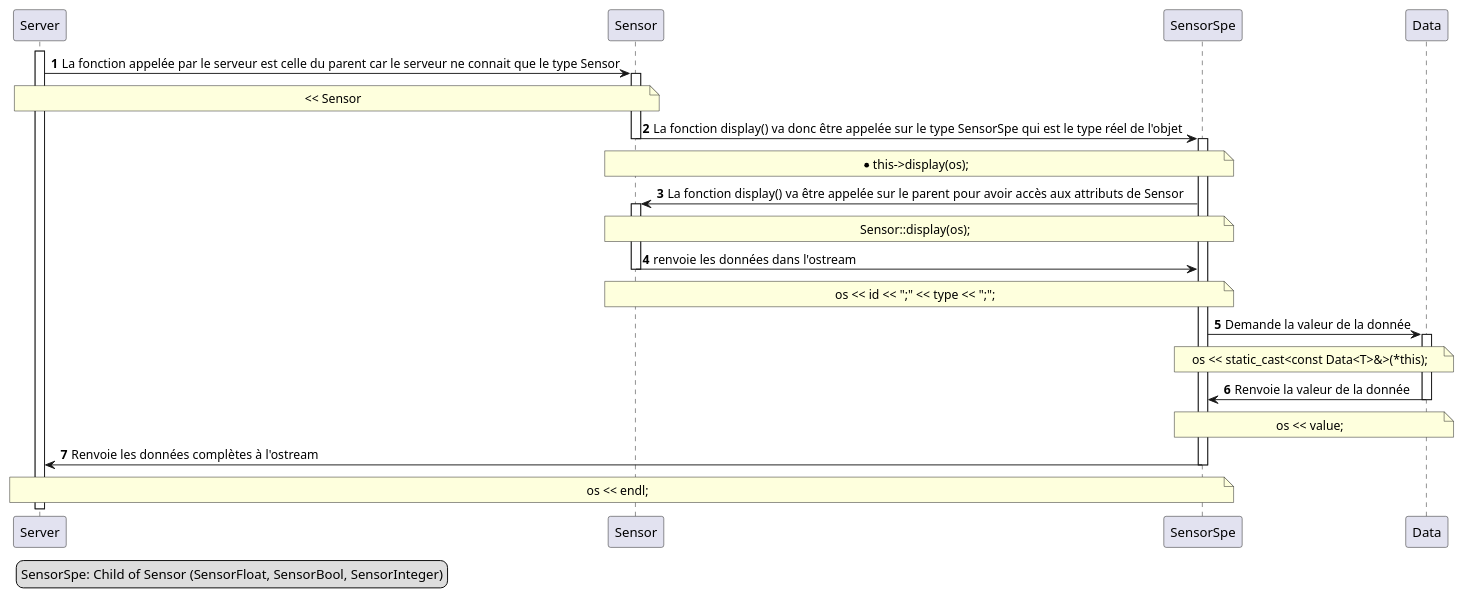
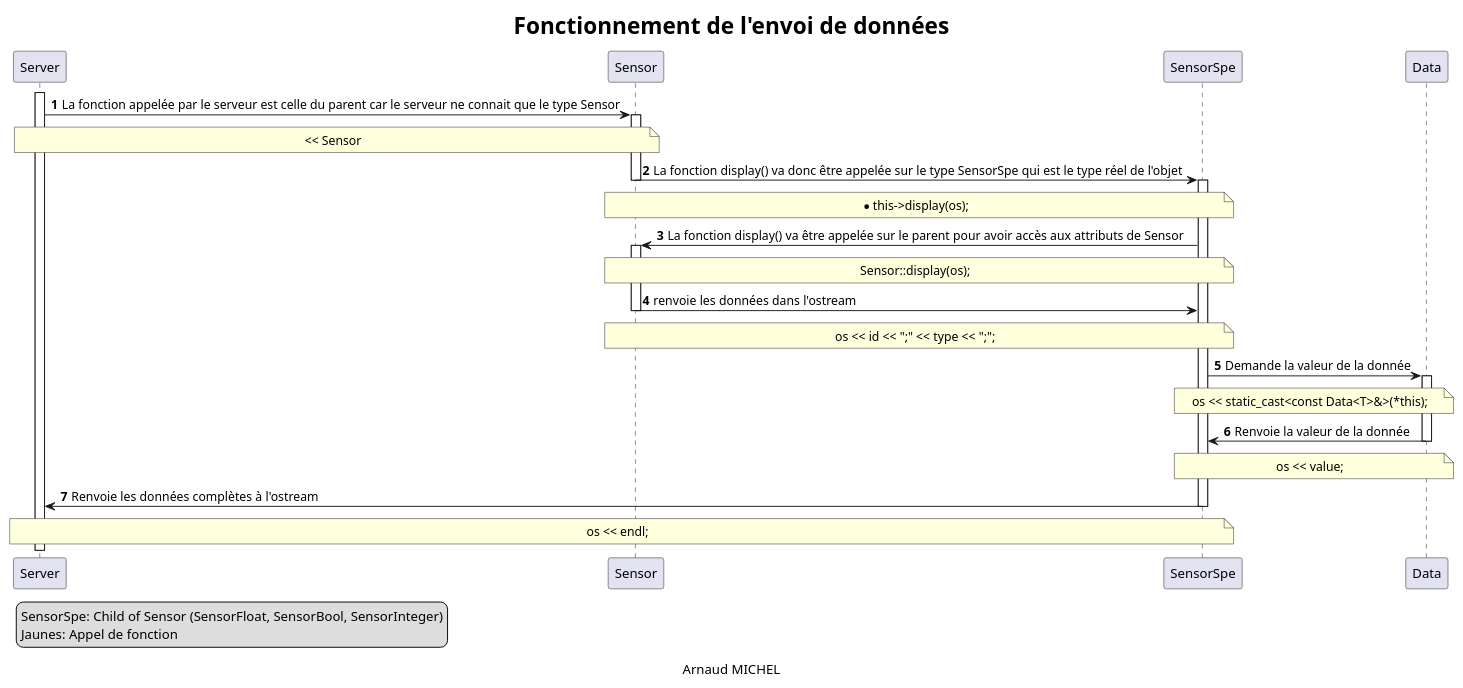
The diagram in uml/send-data-sequence-diagram.puml (MrArnaudMichel/AP4A_projet), drawn with PlantUML before and after one commit. The commit also changed 1 other file, not shown here.

Commit message:
update uml

```diff
--- a/uml/send-data-sequence-diagram.puml
+++ b/uml/send-data-sequence-diagram.puml
@@ -1,60 +1,69 @@
 @startuml
-'https://plantuml.com/sequence-diagram
+
+skinparam title {
+    FontSize 24
+}
+
+title Fonctionnement de l'envoi de données
 
 autonumber
 
 activate Server
 
 Server -> Sensor: La fonction appelée par le serveur est celle du parent car le serveur ne connait que le type Sensor
 note over Server, Sensor
 << Sensor
 end note
 
 activate Sensor
 Sensor -> SensorSpe: La fonction display() va donc être appelée sur le type SensorSpe qui est le type réel de l'objet
 note over Sensor, SensorSpe
 *this->display(os);
 end note
 
 deactivate Sensor
 activate SensorSpe
 SensorSpe -> Sensor: La fonction display() va être appelée sur le parent pour avoir accès aux attributs de Sensor
 note over Sensor, SensorSpe
  Sensor::display(os);
 end note
 
 activate Sensor
 
 Sensor -> SensorSpe: renvoie les données dans l'ostream
 note over Sensor, SensorSpe
 os << id << ";" << type << ";";
 end note
 
 deactivate Sensor
 
 SensorSpe -> Data: Demande la valeur de la donnée
 note over SensorSpe, Data
 os << static_cast<const Data<T>&>(*this);
 end note
 
 activate Data
 Data -> SensorSpe: Renvoie la valeur de la donnée
 note over Data, SensorSpe
 os << value;
 end note
 
 deactivate Data
 
 SensorSpe -> Server: Renvoie les données complètes à l'ostream
 note over SensorSpe, Server
 os << endl;
 end note
 
 deactivate SensorSpe
 
 
 
 legend left
     SensorSpe: Child of Sensor (SensorFloat, SensorBool, SensorInteger)
+    Jaunes: Appel de fonction
 endlegend
+
+
+caption Arnaud MICHEL
 @enduml
```
